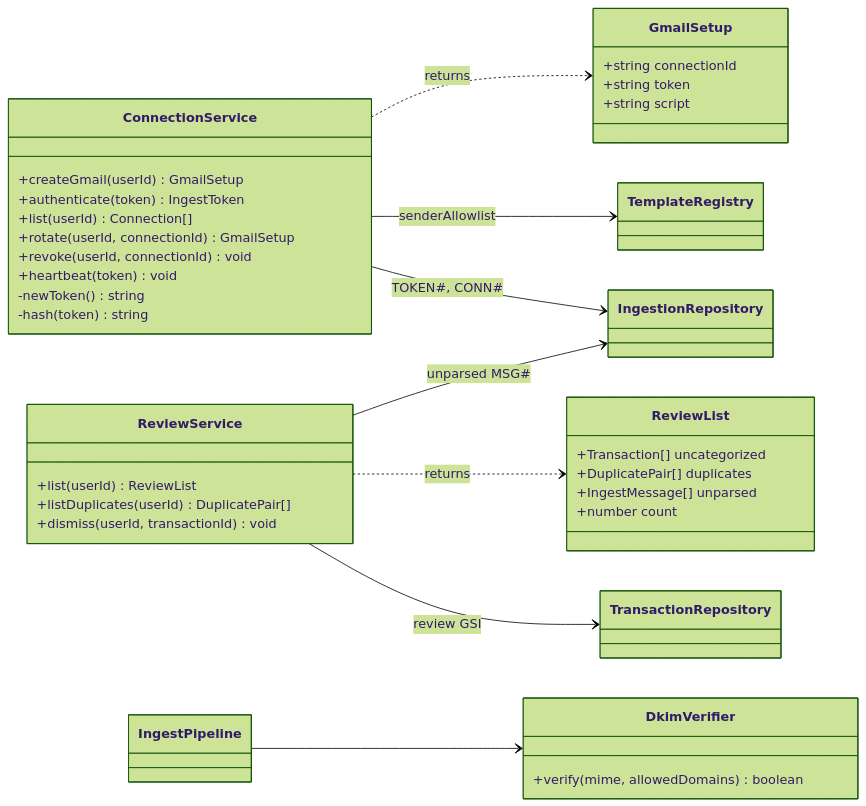
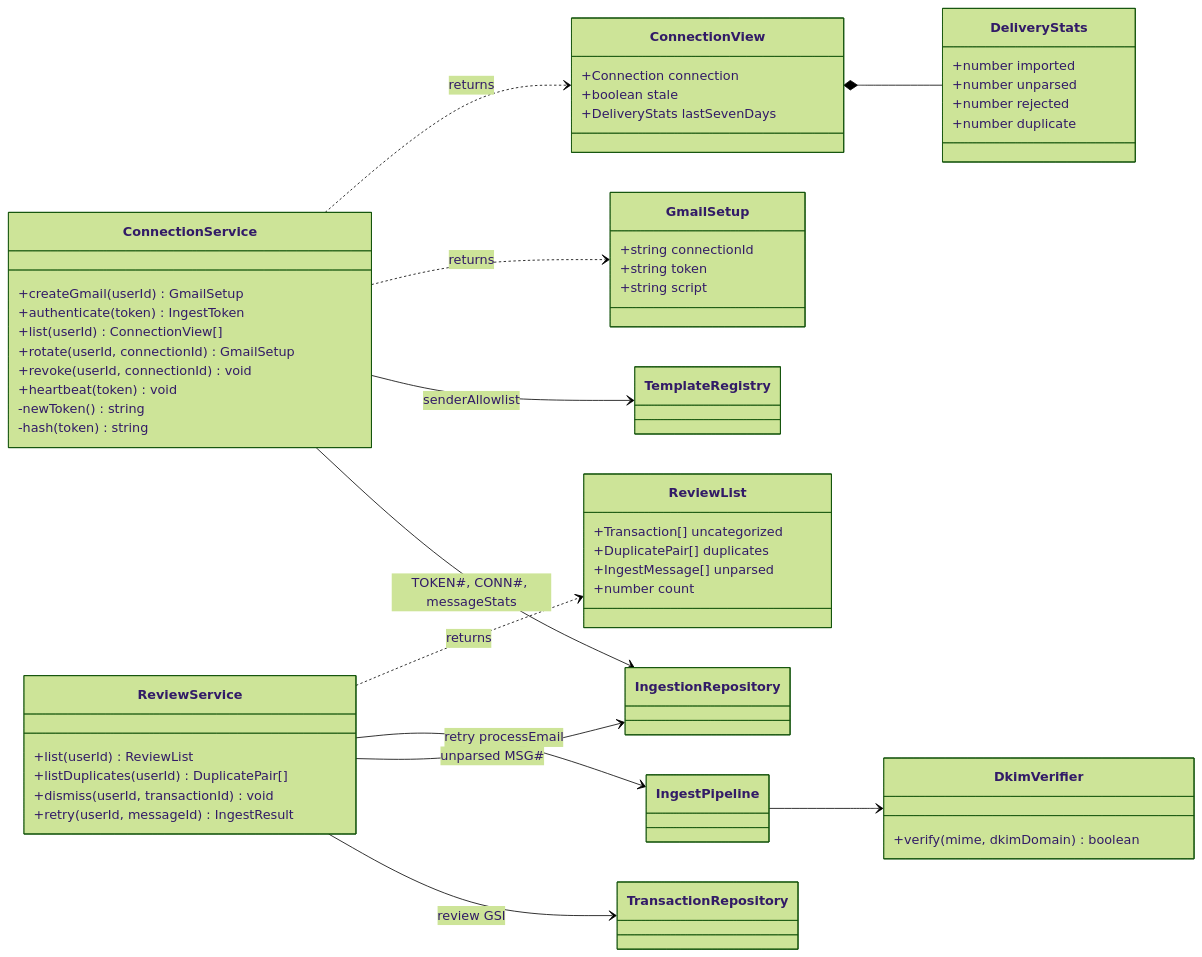
One commit to Ezequiel294/cs3365-finance-app changed the ninth of 17 diagrams in docs/diagrams/class-diagram.md. Above: the diagram before and after it, drawn with Mermaid (forest theme). The commit also changed other lines of this file and 15 other files, not shown here.

Commit message:
attempt 2 diagram/architecture changes

````diff
--- a/docs/diagrams/class-diagram.md
+++ b/docs/diagrams/class-diagram.md
@@ -904,44 +1253,59 @@
 ```mermaid
 classDiagram
     direction LR
     class ConnectionService {
         +createGmail(userId) GmailSetup
         +authenticate(token) IngestToken
-        +list(userId) Connection[]
+        +list(userId) ConnectionView[]
         +rotate(userId, connectionId) GmailSetup
         +revoke(userId, connectionId) void
         +heartbeat(token) void
         -newToken() string
         -hash(token) string
+    }
+    class ConnectionView {
+        +Connection connection
+        +boolean stale
+        +DeliveryStats lastSevenDays
+    }
+    class DeliveryStats {
+        +number imported
+        +number unparsed
+        +number rejected
+        +number duplicate
     }
     class GmailSetup {
         +string connectionId
         +string token
         +string script
     }
     class DkimVerifier {
-        +verify(mime, allowedDomains) boolean
+        +verify(mime, dkimDomain) boolean
     }
     class ReviewService {
         +list(userId) ReviewList
         +listDuplicates(userId) DuplicatePair[]
         +dismiss(userId, transactionId) void
+        +retry(userId, messageId) IngestResult
     }
     class ReviewList {
         +Transaction[] uncategorized
         +DuplicatePair[] duplicates
         +IngestMessage[] unparsed
         +number count
     }
     class IngestPipeline
     class TemplateRegistry
     class IngestionRepository
     class TransactionRepository
-    ConnectionService --> IngestionRepository : TOKEN#, CONN#
+    ConnectionService --> IngestionRepository : TOKEN#, CONN#, messageStats
     ConnectionService --> TemplateRegistry : senderAllowlist
     ConnectionService ..> GmailSetup : returns
+    ConnectionService ..> ConnectionView : returns
+    ConnectionView *-- DeliveryStats
     IngestPipeline --> DkimVerifier
     ReviewService --> TransactionRepository : review GSI
     ReviewService --> IngestionRepository : unparsed MSG#
+    ReviewService --> IngestPipeline : retry processEmail
     ReviewService ..> ReviewList : returns
 ```
````
